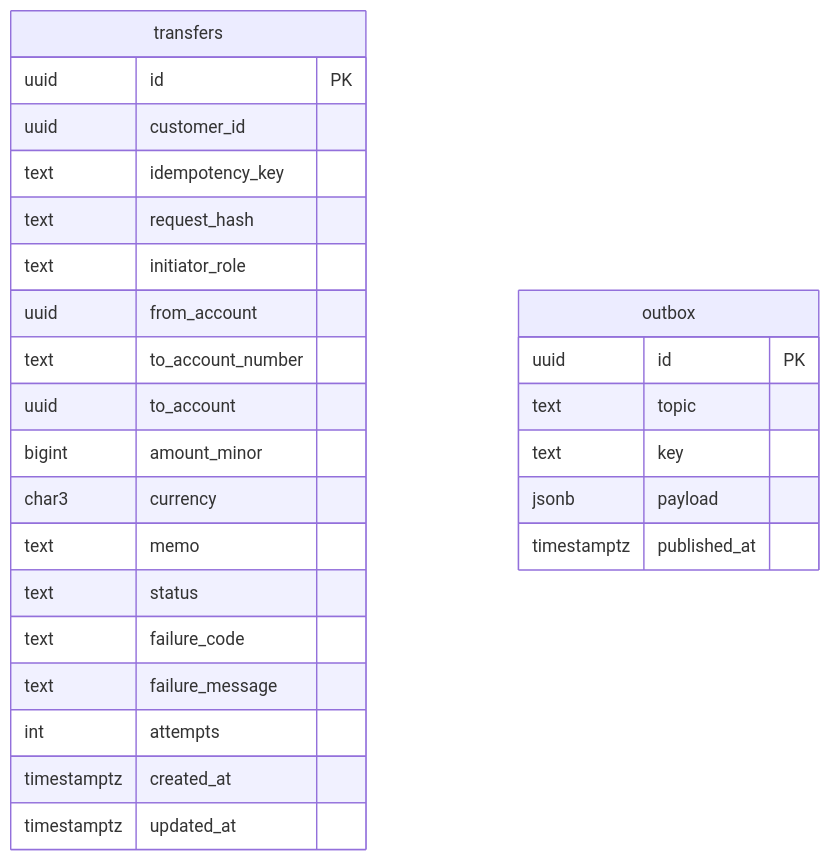
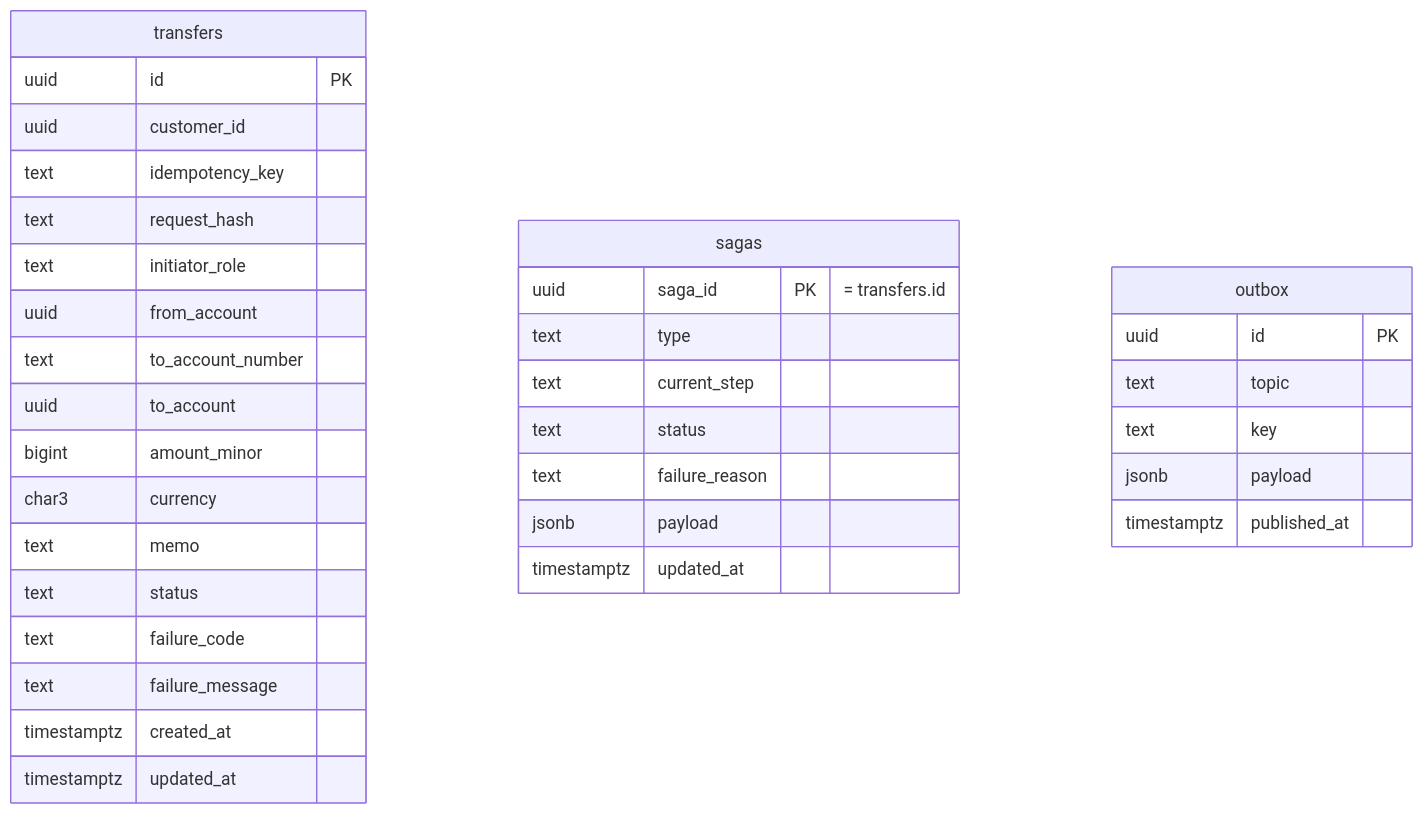
Before and after one commit to GodwinJacobR/mock-bank: the diagram in specs/transfers/002-schema.md, drawn with Mermaid. The commit also changed other lines of this file and 16 other files, not shown here.

````diff
--- a/specs/transfers/002-schema.md
+++ b/specs/transfers/002-schema.md
@@ -22,29 +22,37 @@
 ```mermaid
 erDiagram
   transfers {
     uuid id PK
     uuid customer_id
     text idempotency_key
     text request_hash
     text initiator_role
     uuid from_account
     text to_account_number
     uuid to_account
     bigint amount_minor
     char3 currency
     text memo
     text status
     text failure_code
     text failure_message
-    int attempts
     timestamptz created_at
+    timestamptz updated_at
+  }
+  sagas {
+    uuid saga_id PK "= transfers.id"
+    text type
+    text current_step
+    text status
+    text failure_reason
+    jsonb payload
     timestamptz updated_at
   }
   outbox {
     uuid id PK
     text topic
     text key
     jsonb payload
     timestamptz published_at
   }
 ```
````
